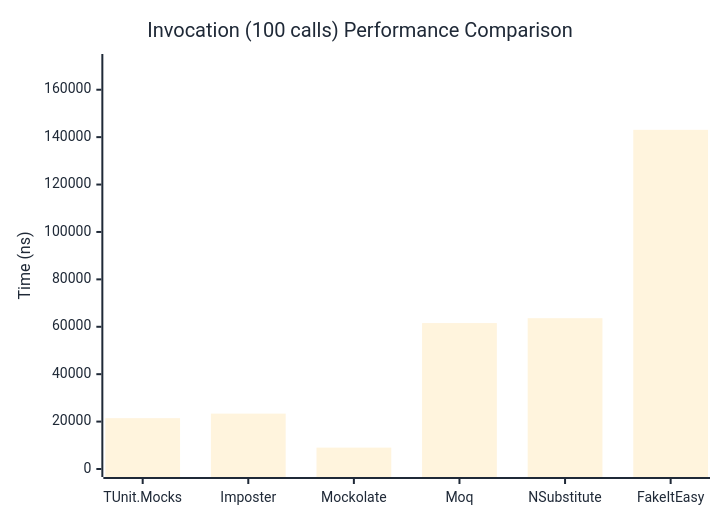
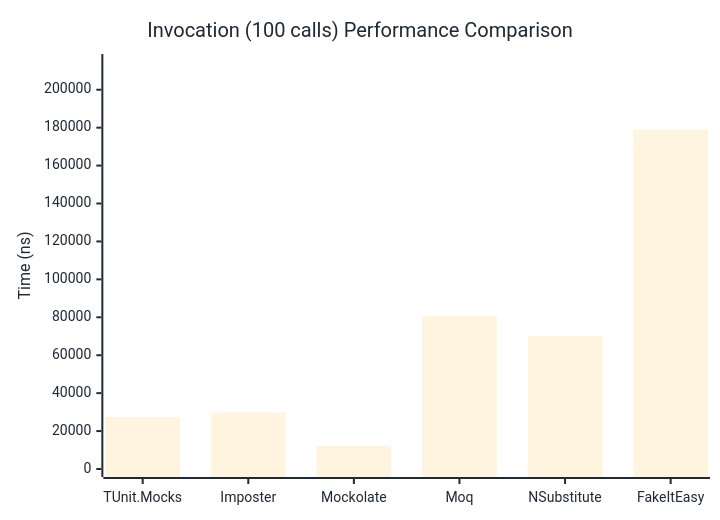
One commit to thomhurst/TUnit changed the third of 3 diagrams in docs/docs/benchmarks/mocks/Invocation.md. Above: the diagram before and after it, drawn with Mermaid. The commit also changed other lines of this file and 14 other files, not shown here.

````diff
--- a/docs/docs/benchmarks/mocks/Invocation.md
+++ b/docs/docs/benchmarks/mocks/Invocation.md
@@ -112,27 +112,27 @@
 ```mermaid
 %%{init: {
   'theme':'base',
   'themeVariables': {
     'primaryColor': '#2563eb',
     'primaryTextColor': '#1f2937',
     'primaryBorderColor': '#1e40af',
     'lineColor': '#6b7280',
     'secondaryColor': '#7c3aed',
     'tertiaryColor': '#dc2626',
     'background': '#ffffff',
     'pie1': '#2563eb',
     'pie2': '#7c3aed',
     'pie3': '#dc2626',
     'pie4': '#f59e0b',
     'pie5': '#10b981',
     'pie6': '#06b6d4',
     'pie7': '#ec4899',
     'pie8': '#6366f1'
   }
 }}%%
 xychart-beta
   title "Invocation (100 calls) Performance Comparison"
   x-axis ["TUnit.Mocks", "Imposter", "Mockolate", "Moq", "NSubstitute", "FakeItEasy"]
-  y-axis "Time (ns)" 0 --> 171697
-  bar [21444.91, 23364.56, 9023.1, 61562.38, 63622.43, 143080.25]
+  y-axis "Time (ns)" 0 --> 214624
+  bar [27380.54, 29751.31, 12090.37, 80856.5, 70181.92, 178852.86]
 ```
````
